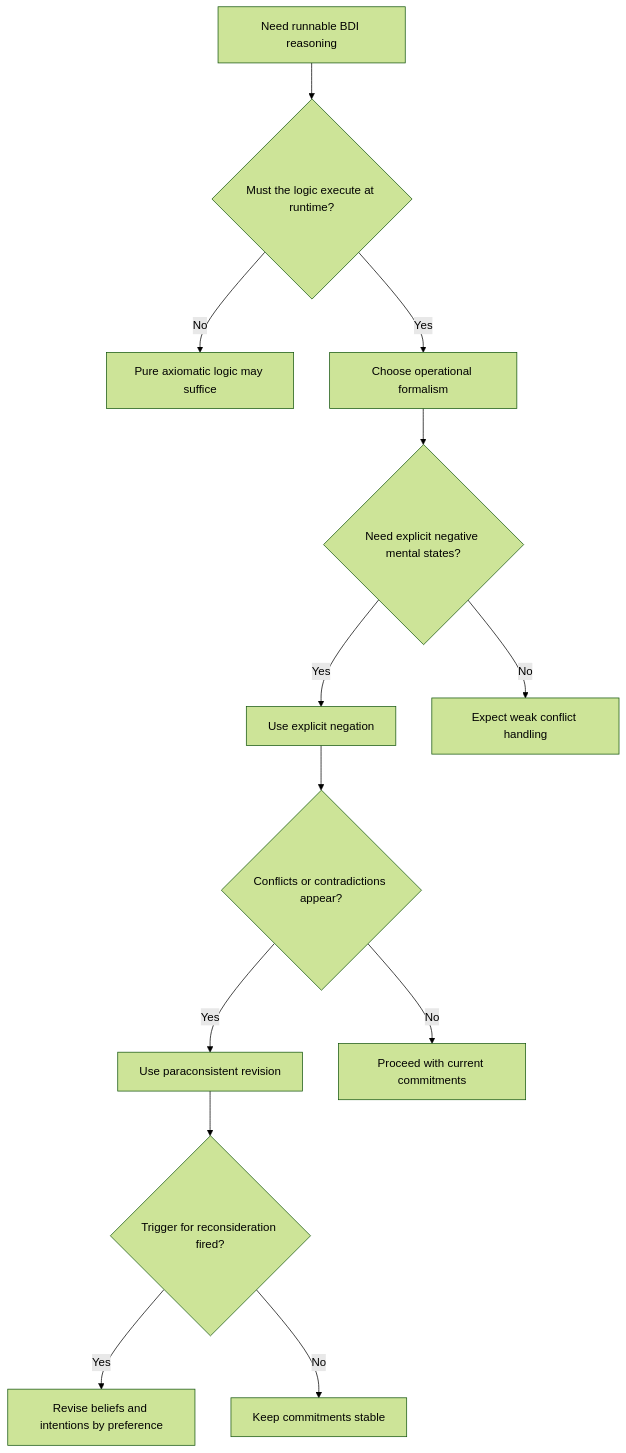
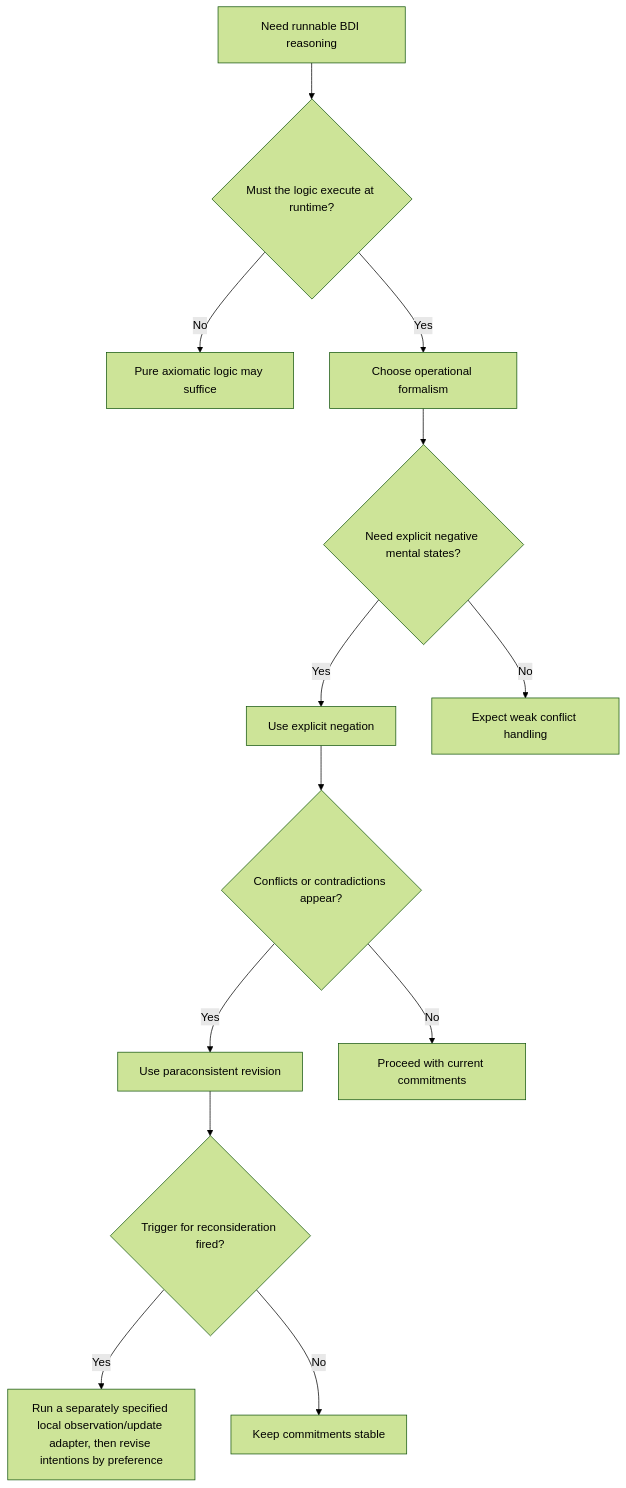
One commit to curiositech/port-daddy changed the diagram in skills/bdi-agent-interpreters/sources/bdi-models-and-systems-reducing-the-gap-paper/SKILL.md. Above: the diagram before and after it, drawn with Mermaid (forest theme). The commit also changed other lines of this file and 1782 other files, not shown here.

````diff
--- a/skills/bdi-agent-interpreters/sources/bdi-models-and-systems-reducing-the-gap-paper/SKILL.md
+++ b/skills/bdi-agent-interpreters/sources/bdi-models-and-systems-reducing-the-gap-paper/SKILL.md
@@ -110,15 +111,15 @@
 ```mermaid
 flowchart TD
   A[Need runnable BDI reasoning] --> B{Must the logic execute at runtime?}
   B -->|No| C[Pure axiomatic logic may suffice]
   B -->|Yes| D[Choose operational formalism]
   D --> E{Need explicit negative mental states?}
   E -->|Yes| F[Use explicit negation]
   E -->|No| G[Expect weak conflict handling]
   F --> H{Conflicts or contradictions appear?}
   H -->|Yes| I[Use paraconsistent revision]
   H -->|No| J[Proceed with current commitments]
   I --> K{Trigger for reconsideration fired?}
-  K -->|Yes| L[Revise beliefs and intentions by preference]
+  K -->|Yes| L[Run a separately specified local observation/update adapter, then revise intentions by preference]
   K -->|No| M[Keep commitments stable]
 ```
````
